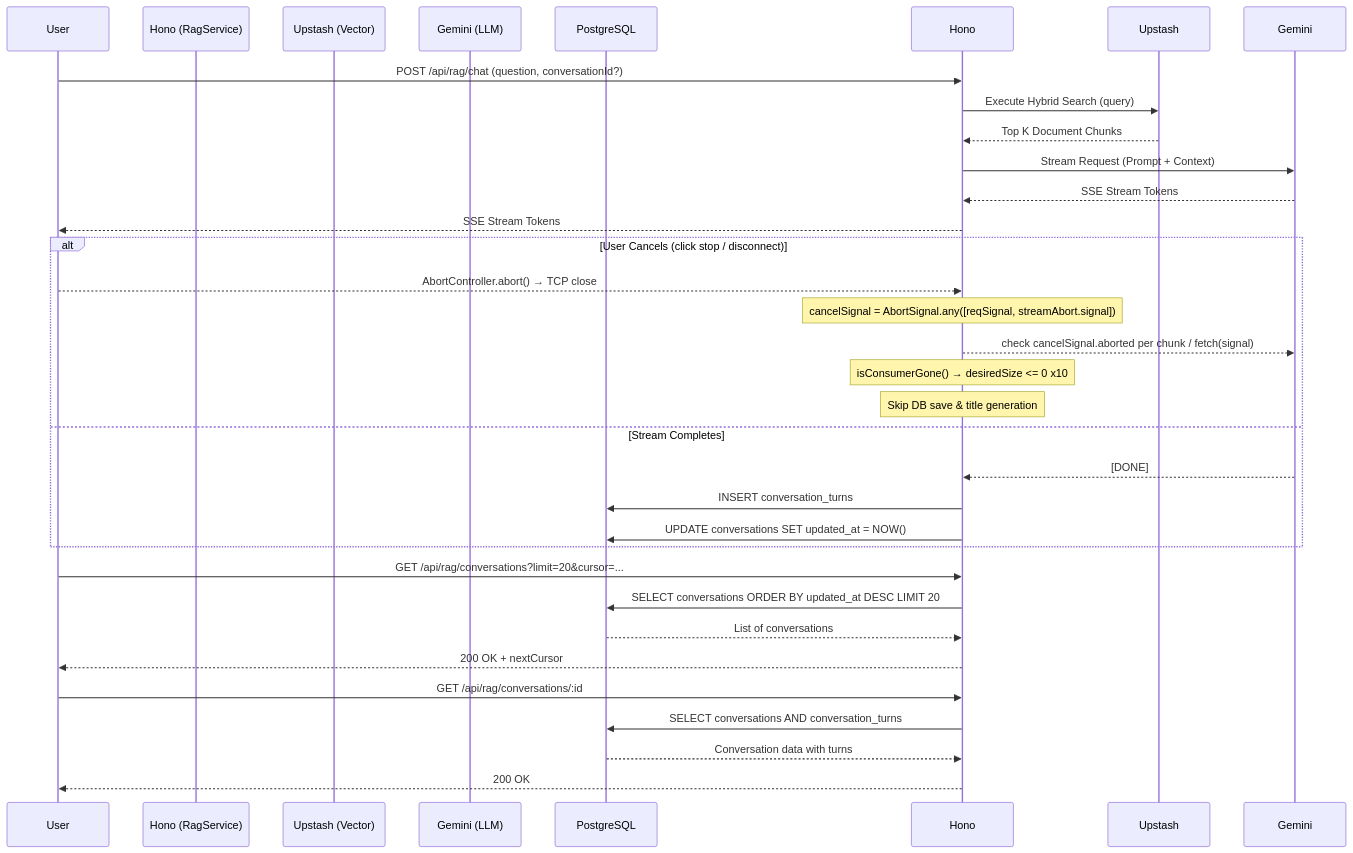
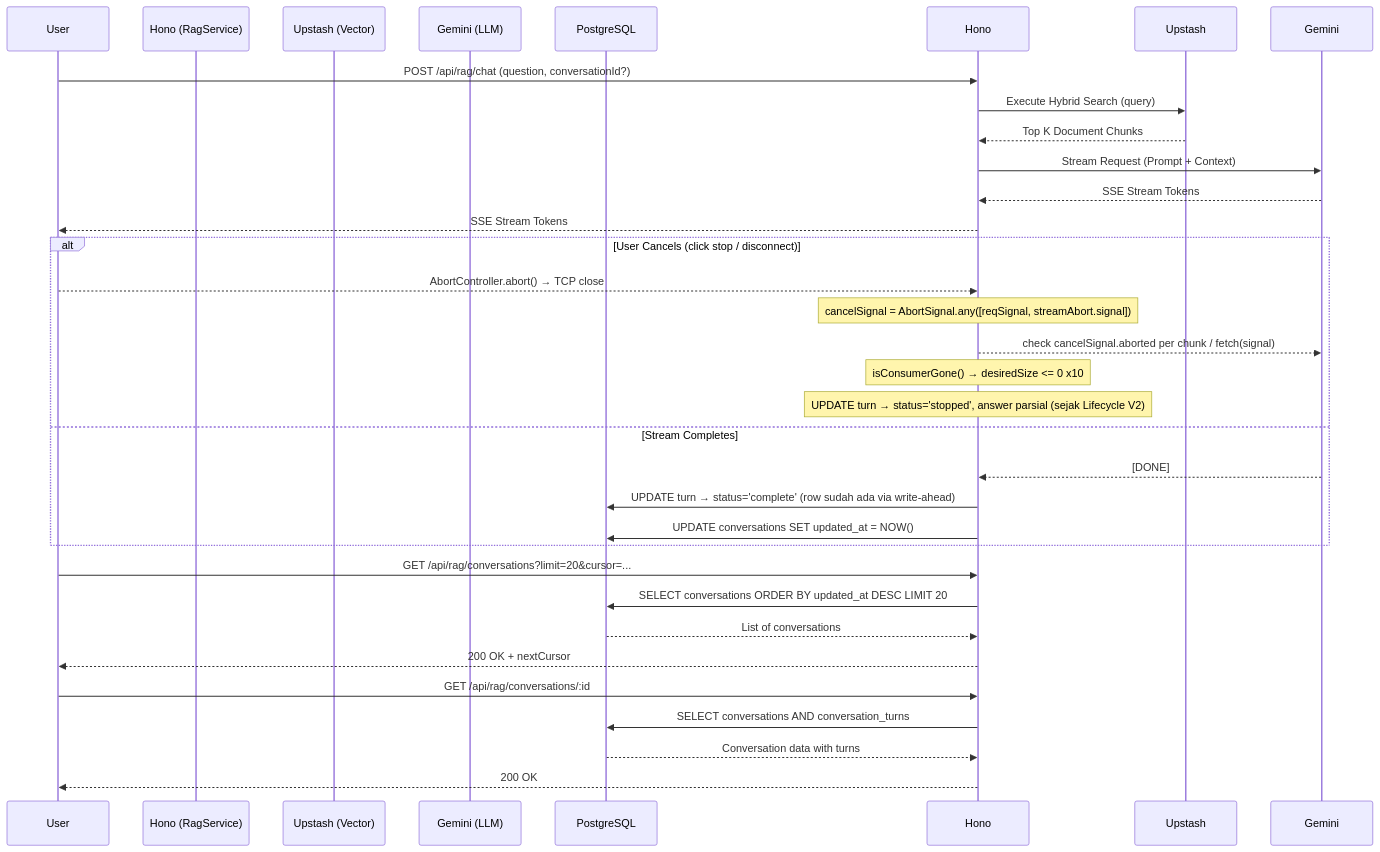
The diagram in docs/backend/rag-streaming-and-history.md (kanzhamada/Dokyudo), drawn with Mermaid before and after one commit. The commit also changed other lines of this file and 2 other files, not shown here.

Commit message:
Document Lifecycle V2: write-ahead turns, edit mode, stop handling

````diff
--- a/docs/backend/rag-streaming-and-history.md
+++ b/docs/backend/rag-streaming-and-history.md
@@ -7,37 +9,37 @@
 ```mermaid
 sequenceDiagram
     participant User
     participant Hono (RagService)
     participant Upstash (Vector)
     participant Gemini (LLM)
     participant PostgreSQL
 
     User->>Hono: POST /api/rag/chat (question, conversationId?)
     Hono->>Upstash: Execute Hybrid Search (query)
     Upstash-->>Hono: Top K Document Chunks
     Hono->>Gemini: Stream Request (Prompt + Context)
     Gemini-->>Hono: SSE Stream Tokens
     Hono-->>User: SSE Stream Tokens
 
     alt User Cancels (click stop / disconnect)
         User-->>Hono: AbortController.abort() → TCP close
         Note over Hono: cancelSignal = AbortSignal.any([reqSignal, streamAbort.signal])
         Hono-->>Gemini: check cancelSignal.aborted per chunk / fetch(signal)
         Note over Hono: isConsumerGone() → desiredSize <= 0 x10
-        Note over Hono: Skip DB save & title generation
+        Note over Hono: UPDATE turn → status='stopped', answer parsial (sejak Lifecycle V2)
     else Stream Completes
         Gemini-->>Hono: [DONE]
-        Hono->>PostgreSQL: INSERT conversation_turns
+        Hono->>PostgreSQL: UPDATE turn → status='complete' (row sudah ada via write-ahead)
         Hono->>PostgreSQL: UPDATE conversations SET updated_at = NOW()
     end
     
     User->>Hono: GET /api/rag/conversations?limit=20&cursor=...
     Hono->>PostgreSQL: SELECT conversations ORDER BY updated_at DESC LIMIT 20
     PostgreSQL-->>Hono: List of conversations
     Hono-->>User: 200 OK + nextCursor
 
     User->>Hono: GET /api/rag/conversations/:id
     Hono->>PostgreSQL: SELECT conversations AND conversation_turns
     PostgreSQL-->>Hono: Conversation data with turns
     Hono-->>User: 200 OK
 ```
````
